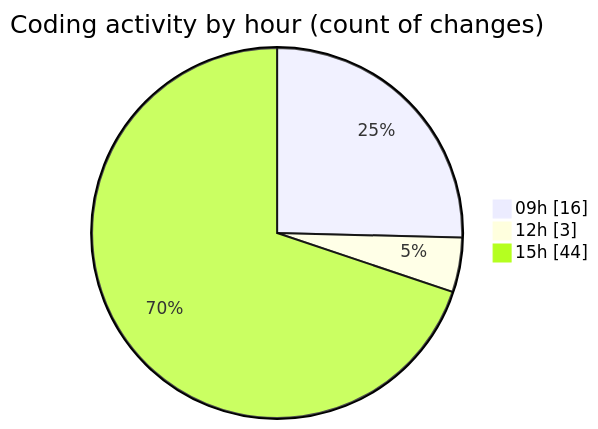
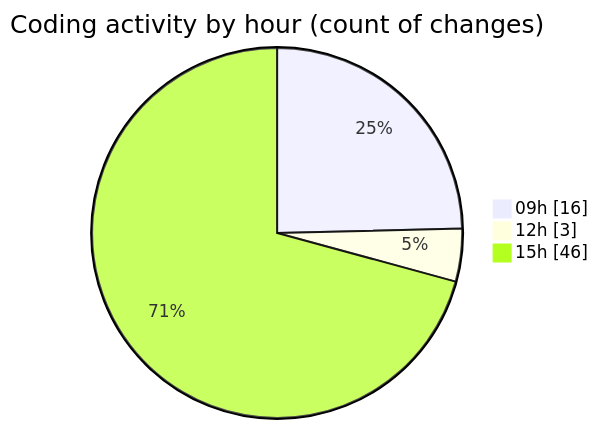
Before and after one commit to momahboobian/code-tracking: the second of 2 diagrams in 2025-07-08/cda/README.md, drawn with Mermaid. The commit also changed other lines of this file and 1 other file, not shown here.

````diff
--- a/2025-07-08/cda/README.md
+++ b/2025-07-08/cda/README.md
@@ -47,7 +49,7 @@
 ```mermaid
 pie showData
 title Coding activity by hour (count of changes)
 "09h" : 16
 "12h" : 3
-"15h" : 44
+"15h" : 46
 ```
````
